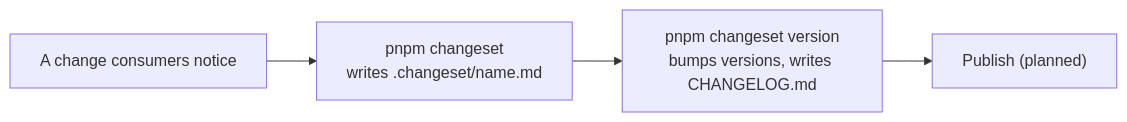
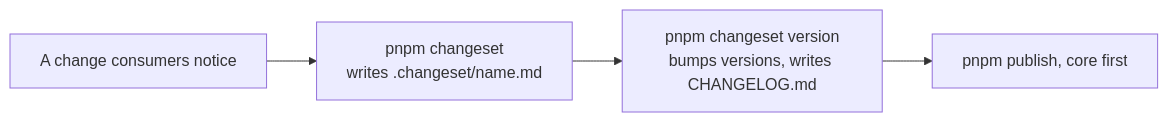
One commit to promptfolios/promptfolio changed the diagram in docs/learning/versioning-and-releases.md. Above: the diagram before and after it, drawn with Mermaid. The commit also changed other lines of this file and 11 other files, not shown here.

First line of the commit message:
build: prepare the first release of core, ai, and source-github

````diff
--- a/docs/learning/versioning-and-releases.md
+++ b/docs/learning/versioning-and-releases.md
@@ -17,6 +17,6 @@
 ```mermaid
 flowchart LR
     change["A change consumers notice"] --> add["pnpm changeset<br/>writes .changeset/name.md"]
     add --> version["pnpm changeset version<br/>bumps versions, writes CHANGELOG.md"]
-    version --> publish["Publish (planned)"]
+    version --> publish["pnpm publish, core first"]
 ```
````
